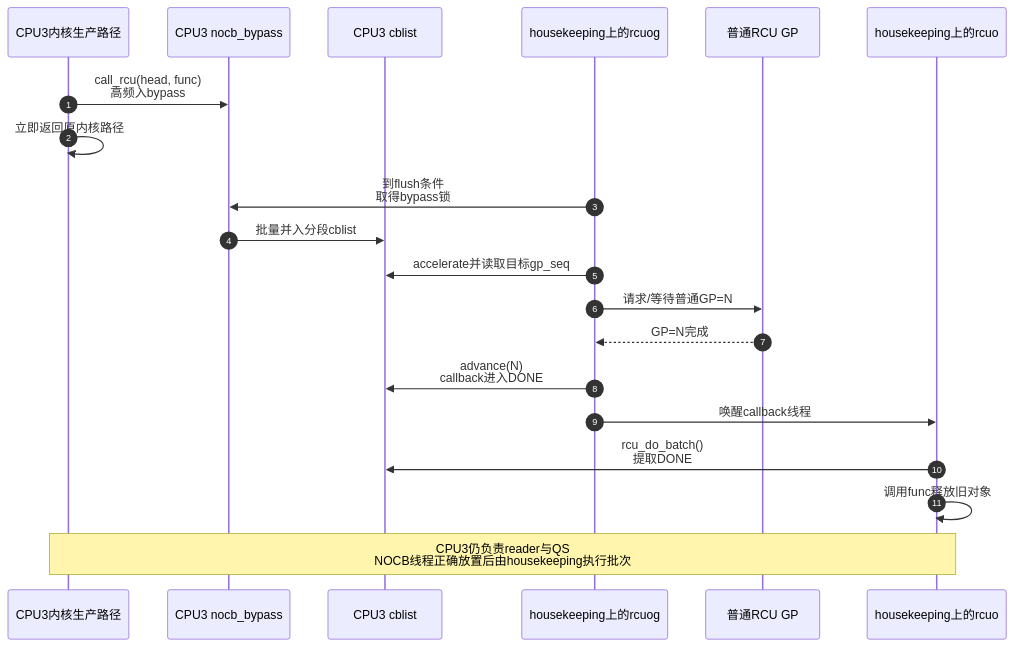
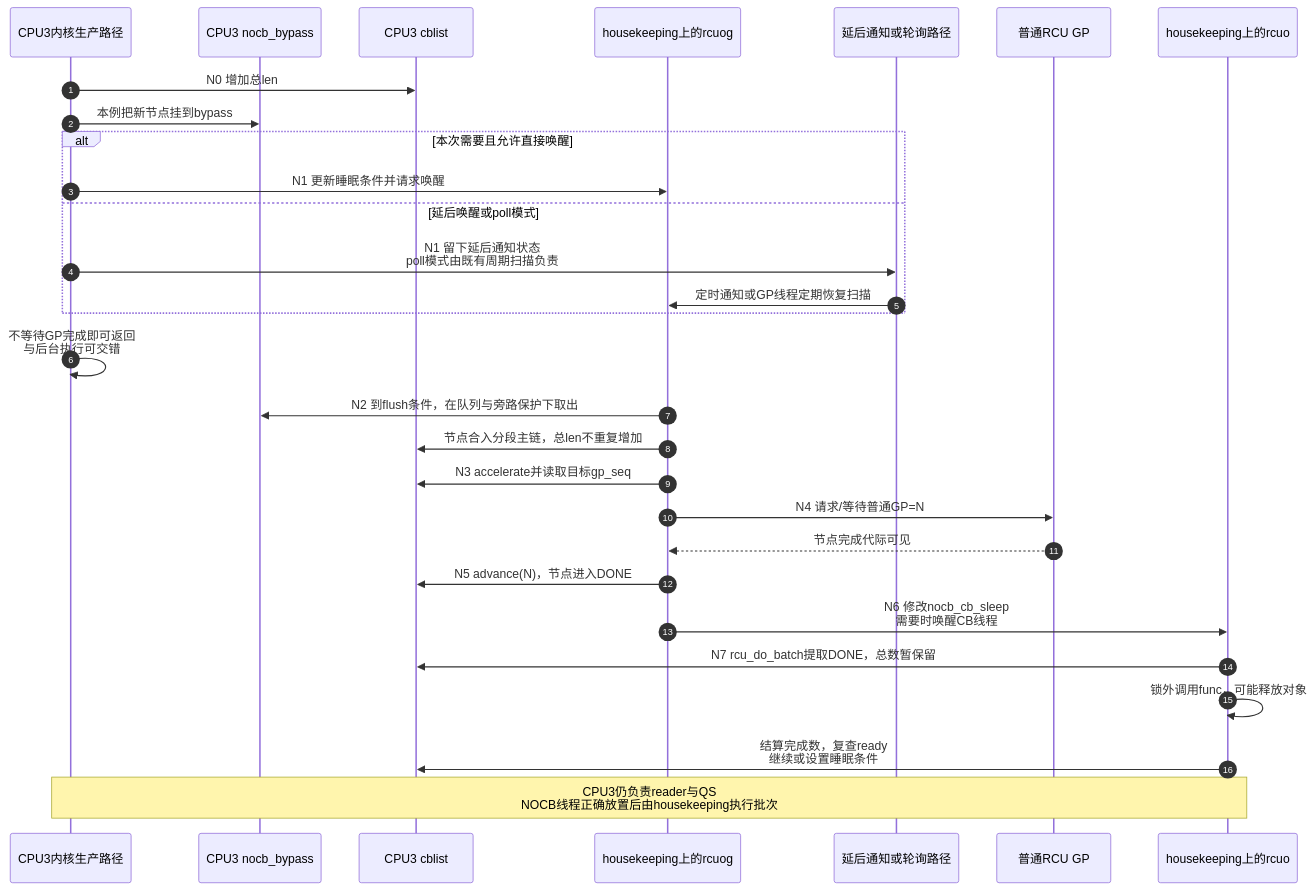
One commit to FormingSystem/linux_note changed the fourth of 4 diagrams in knowledge/linux/synchronization_and_asynchrony/synchronization/rcu/P16_Tree_RCU_NOCB回调卸载.md. Above: the diagram before and after it, drawn with Mermaid. The commit also changed other lines of this file and 2 other files, not shown here.

First line of the commit message:
content(rcu/nocb): 补齐卸载状态与隔离部署边界

````diff
--- a/knowledge/linux/synchronization_and_asynchrony/synchronization/rcu/P16_Tree_RCU_NOCB回调卸载.md
+++ b/knowledge/linux/synchronization_and_asynchrony/synchronization/rcu/P16_Tree_RCU_NOCB回调卸载.md
@@ -282,24 +296,33 @@
 ```mermaid
 sequenceDiagram
     autonumber
 
     participant P as CPU3内核生产路径
     participant B as CPU3 nocb_bypass
     participant C as CPU3 cblist
     participant G as housekeeping上的rcuog
+    participant D as 延后通知或轮询路径
     participant R as 普通RCU GP
     participant X as housekeeping上的rcuo
 
-    P->>B: call_rcu(head, func)<br/>高频入bypass
-    P->>P: 立即返回原内核路径
-    G->>B: 到flush条件<br/>取得bypass锁
-    B->>C: 批量并入分段cblist
-    G->>C: accelerate并读取目标gp_seq
-    G->>R: 请求/等待普通GP=N
-    R-->>G: GP=N完成
-    G->>C: advance(N)<br/>callback进入DONE
-    G->>X: 唤醒callback线程
-    X->>C: rcu_do_batch()<br/>提取DONE
-    X->>X: 调用func释放旧对象
+    P->>C: N0 增加总len
+    P->>B: 本例把新节点挂到bypass
+    alt 本次需要且允许直接唤醒
+        P->>G: N1 更新睡眠条件并请求唤醒
+    else 延后唤醒或poll模式
+        P->>D: N1 留下延后通知状态<br/>poll模式由既有周期扫描负责
+        D->>G: 定时通知或GP线程定期恢复扫描
+    end
+    P->>P: 不等待GP完成即可返回<br/>与后台执行可交错
+    G->>B: N2 到flush条件，在队列与旁路保护下取出
+    G->>C: 节点合入分段主链，总len不重复增加
+    G->>C: N3 accelerate并读取目标gp_seq
+    G->>R: N4 请求/等待普通GP=N
+    R-->>G: 节点完成代际可见
+    G->>C: N5 advance(N)，节点进入DONE
+    G->>X: N6 修改nocb_cb_sleep<br/>需要时唤醒CB线程
+    X->>C: N7 rcu_do_batch提取DONE，总数暂保留
+    X->>X: 锁外调用func，可能释放对象
+    X->>C: 结算完成数，复查ready<br/>继续或设置睡眠条件
     Note over P,X: CPU3仍负责reader与QS<br/>NOCB线程正确放置后由housekeeping执行批次
 ```
````
